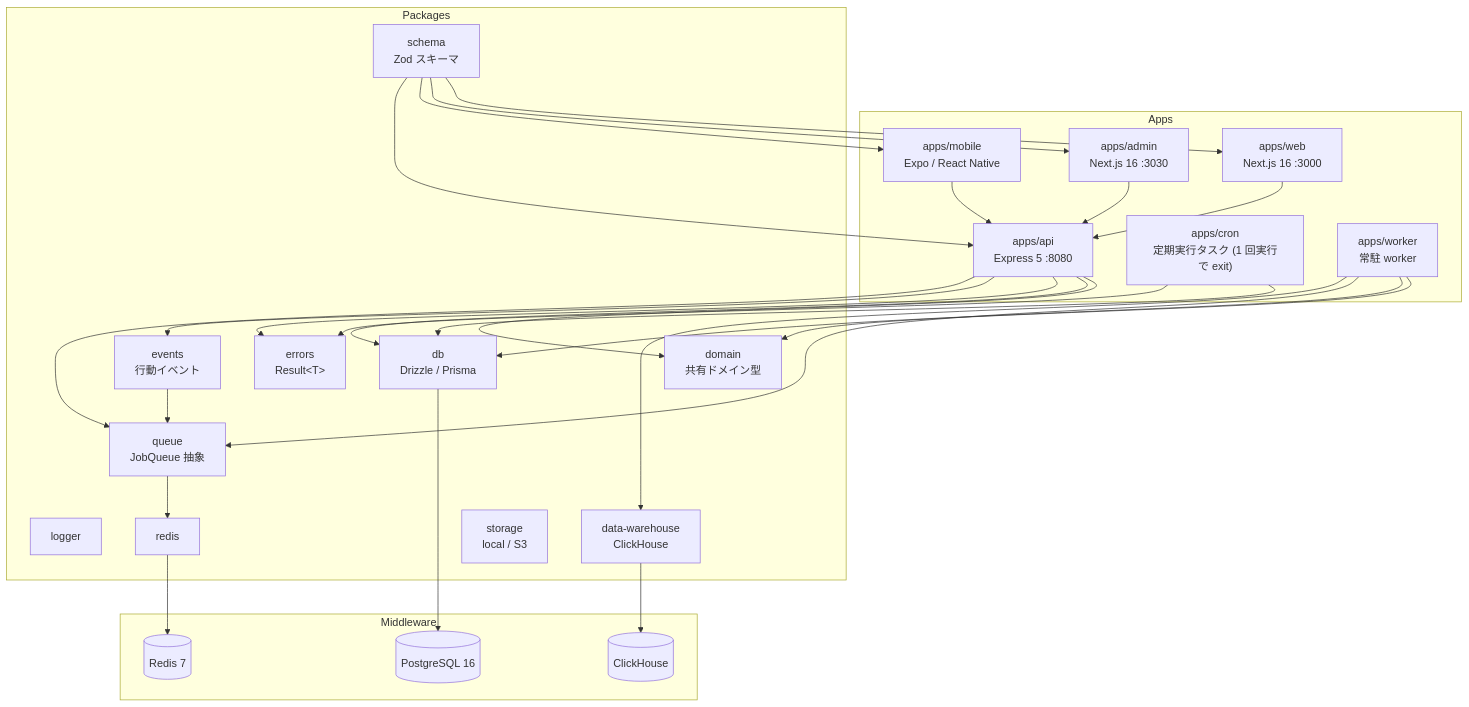
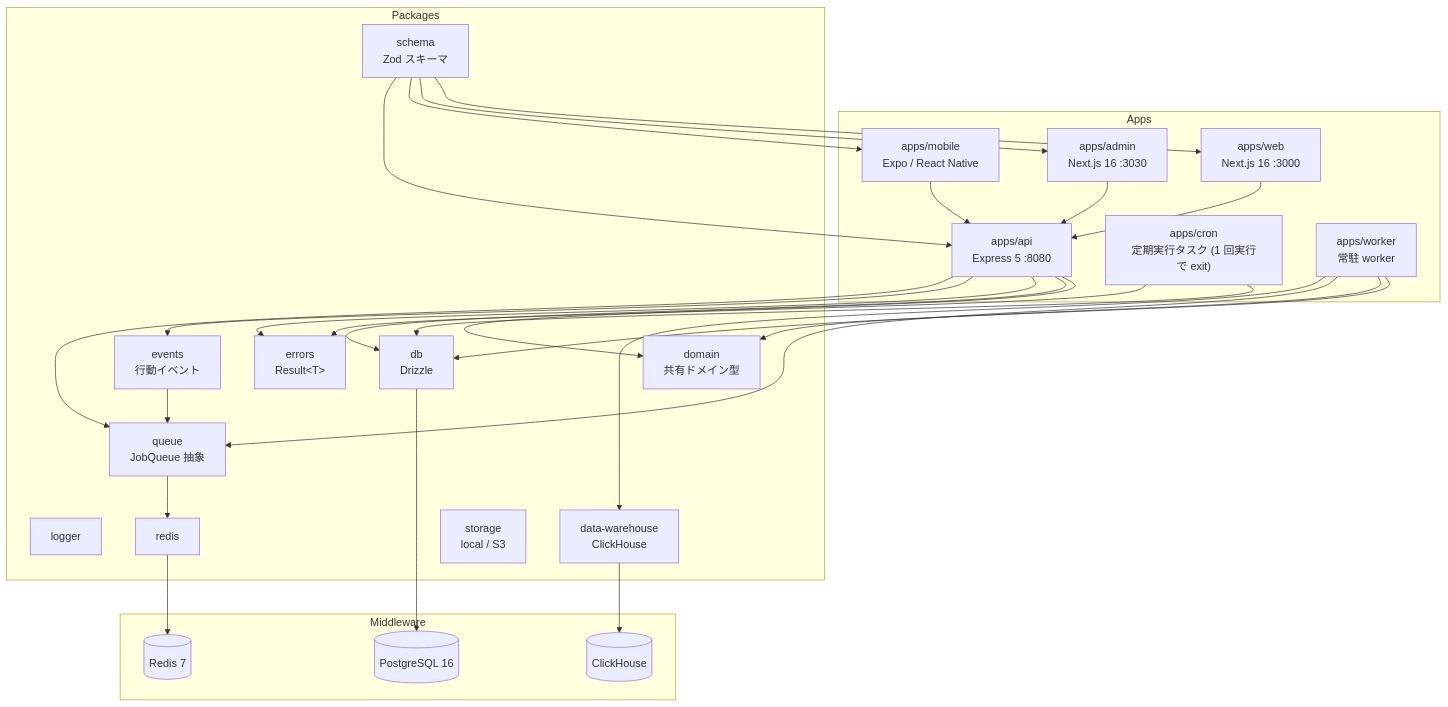
Before and after one commit to kentakki416/tech-english: the diagram in README.md, drawn with Mermaid. The commit also changed other lines of this file and 169 other files, not shown here.

First line of the commit message:
refactor(db): Prisma を削除して Drizzle に一本化する

````diff
--- a/README.md
+++ b/README.md
@@ -144,57 +143,57 @@
 ```mermaid
 graph TB
     subgraph Apps
         Web["apps/web<br/>Next.js 16 :3000"]
         Admin["apps/admin<br/>Next.js 16 :3030"]
         Mobile["apps/mobile<br/>Expo / React Native"]
         API["apps/api<br/>Express 5 :8080"]
         Cron["apps/cron<br/>定期実行タスク (1 回実行で exit)"]
         Worker["apps/worker<br/>常駐 worker"]
     end
 
     subgraph Packages
         Schema["schema<br/>Zod スキーマ"]
         Domain["domain<br/>共有ドメイン型"]
-        DB["db<br/>Drizzle / Prisma"]
+        DB["db<br/>Drizzle"]
         Logger["logger"]
         Errors["errors<br/>Result&lt;T&gt;"]
         RedisPkg["redis"]
         Queue["queue<br/>JobQueue 抽象"]
         Events["events<br/>行動イベント"]
         DWH["data-warehouse<br/>ClickHouse"]
         Storage["storage<br/>local / S3"]
     end
 
     subgraph Middleware
         PostgreSQL[(PostgreSQL 16)]
         Redis[(Redis 7)]
         ClickHouse[(ClickHouse)]
     end
 
     Web --> API
     Admin --> API
     Mobile --> API
 
     Schema --> Web
     Schema --> Admin
     Schema --> Mobile
     Schema --> API
 
     API --> Domain
     API --> DB
     API --> Errors
     API --> Events
     API --> Queue
     Cron --> DB
     Cron --> Errors
     Worker --> Domain
     Worker --> DB
     Worker --> Queue
     Worker --> DWH
 
     Events --> Queue
     Queue --> RedisPkg
     DB --> PostgreSQL
     RedisPkg --> Redis
     DWH --> ClickHouse
 ```
````
